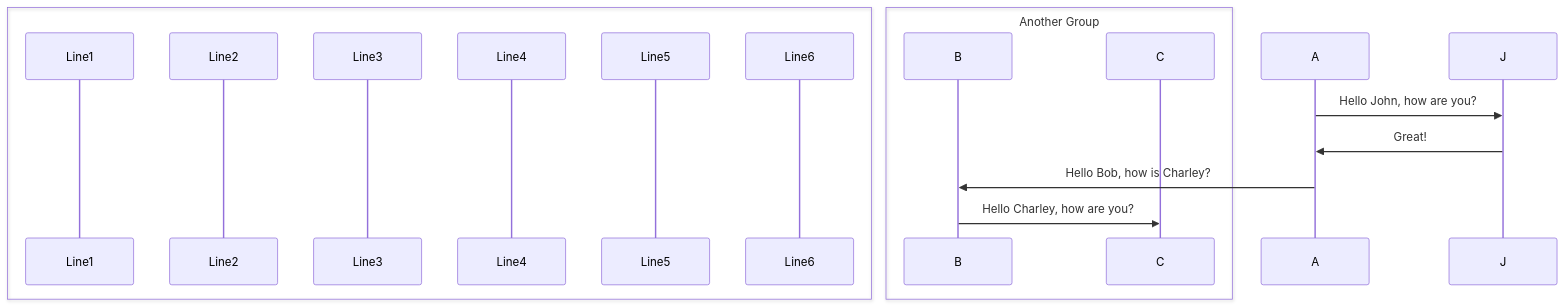
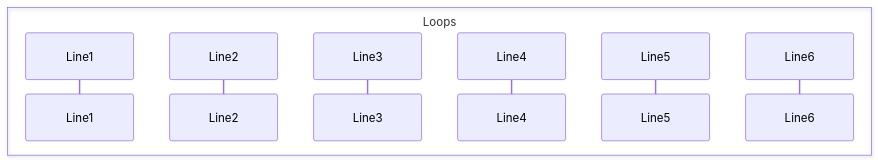
Before and after one commit to noneda/try-pygame: the fifth of 5 diagrams in README.md, drawn with Mermaid.

````diff
--- a/README.md
+++ b/README.md
@@ -434,20 +434,11 @@
 ```mermaid
 sequenceDiagram
-  box #DAF7A6 Loops
+  box Loops
     participant Line1
     participant Line2
     participant Line3
     participant Line4
     participant Line5
     participant Line6
   end
-  box Another Group
-    participant B
-    participant C
-  end
-  A->>J: Hello John, how are you?
-  J->>A: Great!
-  A->>B: Hello Bob, how is Charley?
-  B->>C: Hello Charley, how are you?
-
 ```
````
